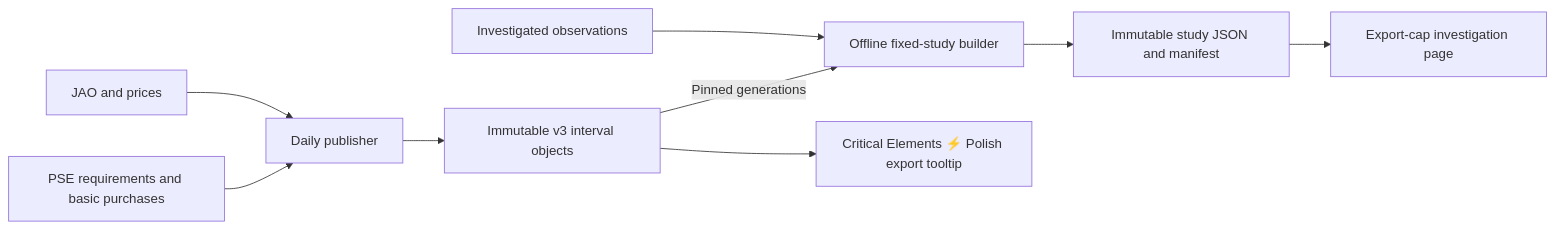
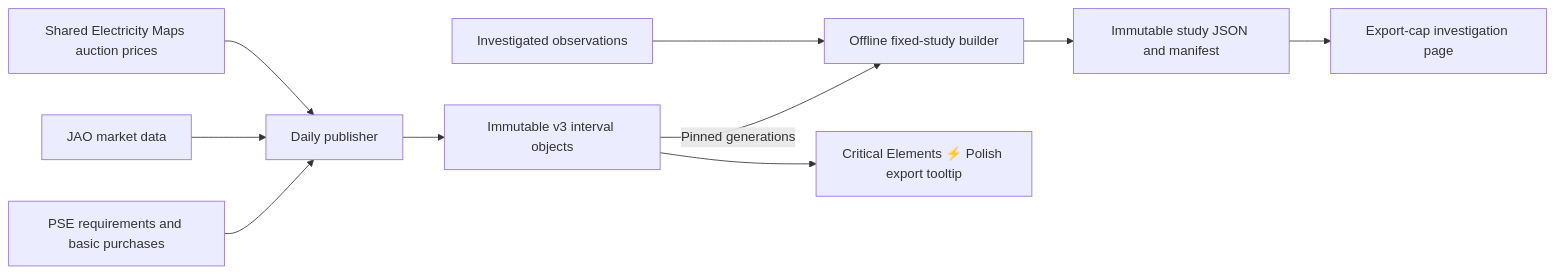
One commit to zoltanmaric/coppersushi changed the diagram in coppersushi/pipelines/cnec/README.md. Above: the diagram before and after it, drawn with Mermaid. The commit also changed 11 other files, not shown here.

````diff
--- a/coppersushi/pipelines/cnec/README.md
+++ b/coppersushi/pipelines/cnec/README.md
@@ -20,11 +20,12 @@
 ```mermaid
 flowchart LR
     PSE["PSE requirements and basic purchases"] --> Publisher["Daily publisher"]
-    Market["JAO and prices"] --> Publisher
+    Market["JAO market data"] --> Publisher
+    Prices["Shared Electricity Maps auction prices"] --> Publisher
     Publisher --> Objects["Immutable v3 interval objects"]
     Objects -->|Pinned generations| Study["Offline fixed-study builder"]
     Baseline["Investigated observations"] --> Study
     Study --> Artifact["Immutable study JSON and manifest"]
     Artifact --> Page["Export-cap investigation page"]
     Objects --> Tooltip["Critical Elements ⚡️ Polish export tooltip"]
 ```
````
